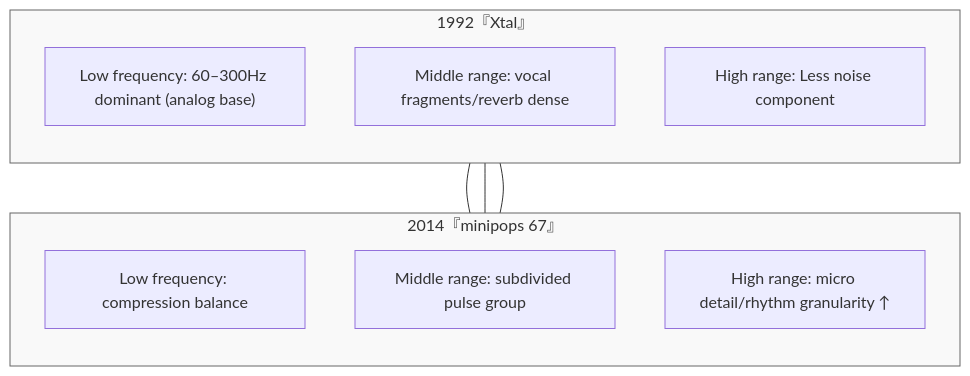
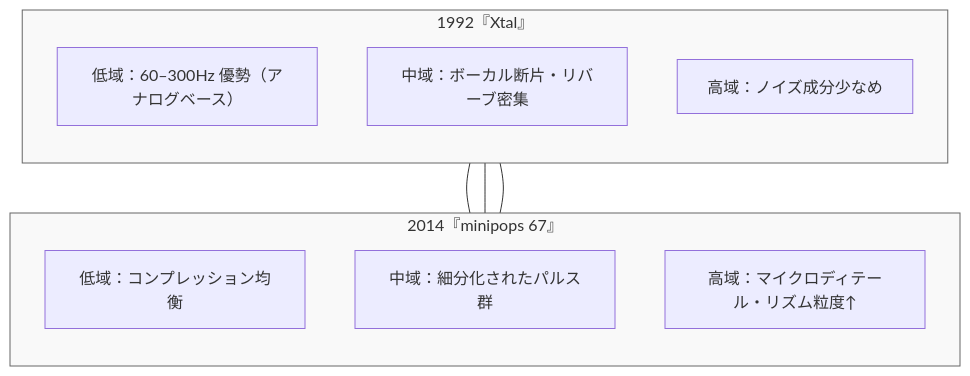
Before and after one commit to monumental-movement/monumental-movement.github.io: the fifth of 7 diagrams in en/_posts/2025-10-24-column-aphex_twin_evolution.md, drawn with Mermaid. The commit also changed other lines of this file and 2196 other files, not shown here.

```diff
--- a/en/_posts/2025-10-24-column-aphex_twin_evolution.md
+++ b/en/_posts/2025-10-24-column-aphex_twin_evolution.md
@@ -358,25 +357,25 @@
 <div class="mermaid">
 
 flowchart TB
     subgraph LEFT["1992『Xtal』"]
         direction TB
-        L1["Low frequency: 60–300Hz dominant (analog base)"]
-        L2["Middle range: vocal fragments/reverb dense"]
-        L3["High range: Less noise component"]
+        L1["低域：60–300Hz 優勢（アナログベース）"]
+        L2["中域：ボーカル断片・リバーブ密集"]
+        L3["高域：ノイズ成分少なめ"]
     end
 
     subgraph RIGHT["2014『minipops 67』"]
         direction TB
-        R1["Low frequency: compression balance"]
-        R2["Middle range: subdivided pulse group"]
-        R3["High range: micro detail/rhythm granularity ↑"]
+        R1["低域：コンプレッション均衡"]
+        R2["中域：細分化されたパルス群"]
+        R3["高域：マイクロディテール・リズム粒度↑"]
     end
 
     L1 --- R1
     L2 --- R2
     L3 --- R3
 
     style LEFT fill:#f9f9f9,stroke:#666,stroke-width:1px
     style RIGHT fill:#f9f9f9,stroke:#666,stroke-width:1px
 
 </div>
```
